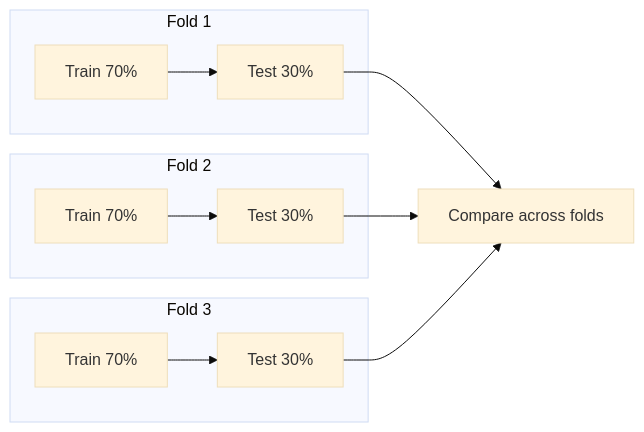
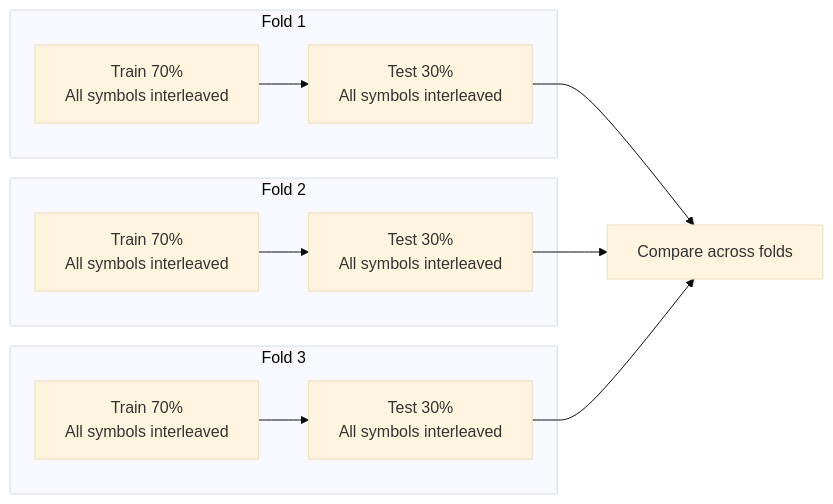
One commit to krejcif/rdex changed the first of 3 diagrams in docs/08-validation.md. Above: the diagram before and after it, drawn with Mermaid (base theme). The commit also changed other lines of this file and 13 other files, not shown here.

````diff
--- a/docs/08-validation.md
+++ b/docs/08-validation.md
@@ -7,16 +20,16 @@
 ```mermaid
 graph LR
     subgraph Fold1[Fold 1]
-        T1[Train 70%] --> Test1[Test 30%]
+        T1["Train 70%<br/>All symbols interleaved"] --> Test1["Test 30%<br/>All symbols interleaved"]
     end
     subgraph Fold2[Fold 2]
-        T2[Train 70%] --> Test2[Test 30%]
+        T2["Train 70%<br/>All symbols interleaved"] --> Test2["Test 30%<br/>All symbols interleaved"]
     end
     subgraph Fold3[Fold 3]
-        T3[Train 70%] --> Test3[Test 30%]
+        T3["Train 70%<br/>All symbols interleaved"] --> Test3["Test 30%<br/>All symbols interleaved"]
     end
 
     Test1 --> Results[Compare across folds]
     Test2 --> Results
     Test3 --> Results
 ```
````
